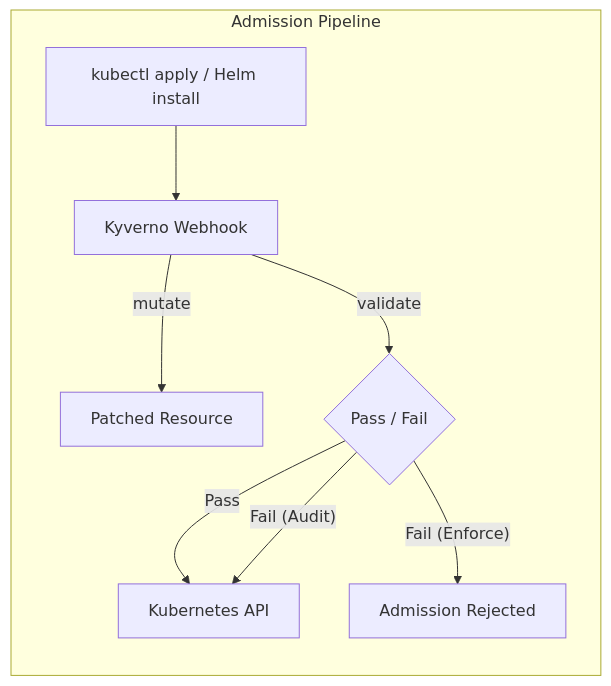
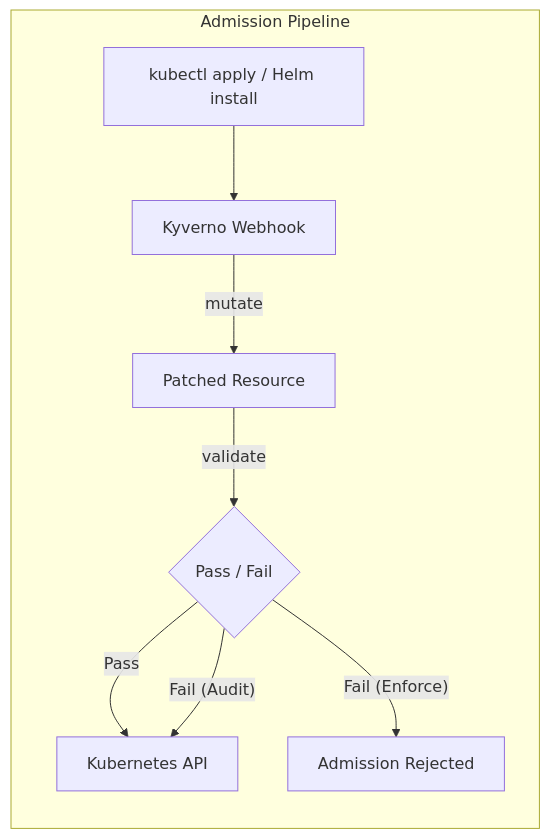
The third of 3 diagrams in docs/book/17-security.md (bmscomp/kates), drawn with Mermaid before and after one commit. The commit also changed other lines of this file and 52 other files, not shown here.

````diff
--- a/docs/book/17-security.md
+++ b/docs/book/17-security.md
@@ -824,14 +775,14 @@
 ```mermaid
 %%| label: fig-sec-kyverno-admission
 %%| fig-cap: "Kyverno sits in the admission path: it patches a resource, then validates it, and only Enforce mode rejects a failure."
-%%| fig-alt: "A kubectl apply or Helm install reaches the Kyverno webhook, which mutates the resource into a patched one and validates it. A pass goes on to the Kubernetes API. A failure is rejected in Enforce mode and passed to the Kubernetes API in Audit mode."
+%%| fig-alt: "A kubectl apply or Helm install reaches the Kyverno webhook, which mutates the resource into a patched one, and the patched resource is validated. A pass goes on to the Kubernetes API. A failure is rejected in Enforce mode and passed to the Kubernetes API in Audit mode."
 graph LR
     subgraph Admission Pipeline
         Req["kubectl apply / Helm install"] --> Webhook["Kyverno Webhook"]
         Webhook -->|"mutate"| Mutated["Patched Resource"]
-        Webhook -->|"validate"| Decision{"Pass / Fail"}
+        Mutated -->|"validate"| Decision{"Pass / Fail"}
         Decision -->|"Pass"| API["Kubernetes API"]
         Decision -->|"Fail (Enforce)"| Reject["Admission Rejected"]
         Decision -->|"Fail (Audit)"| API
     end
 ```
````
